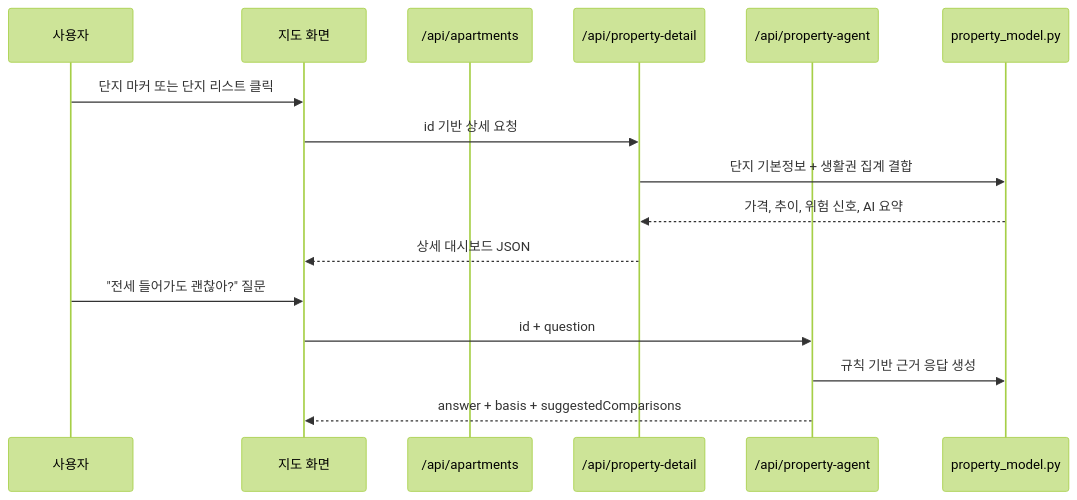
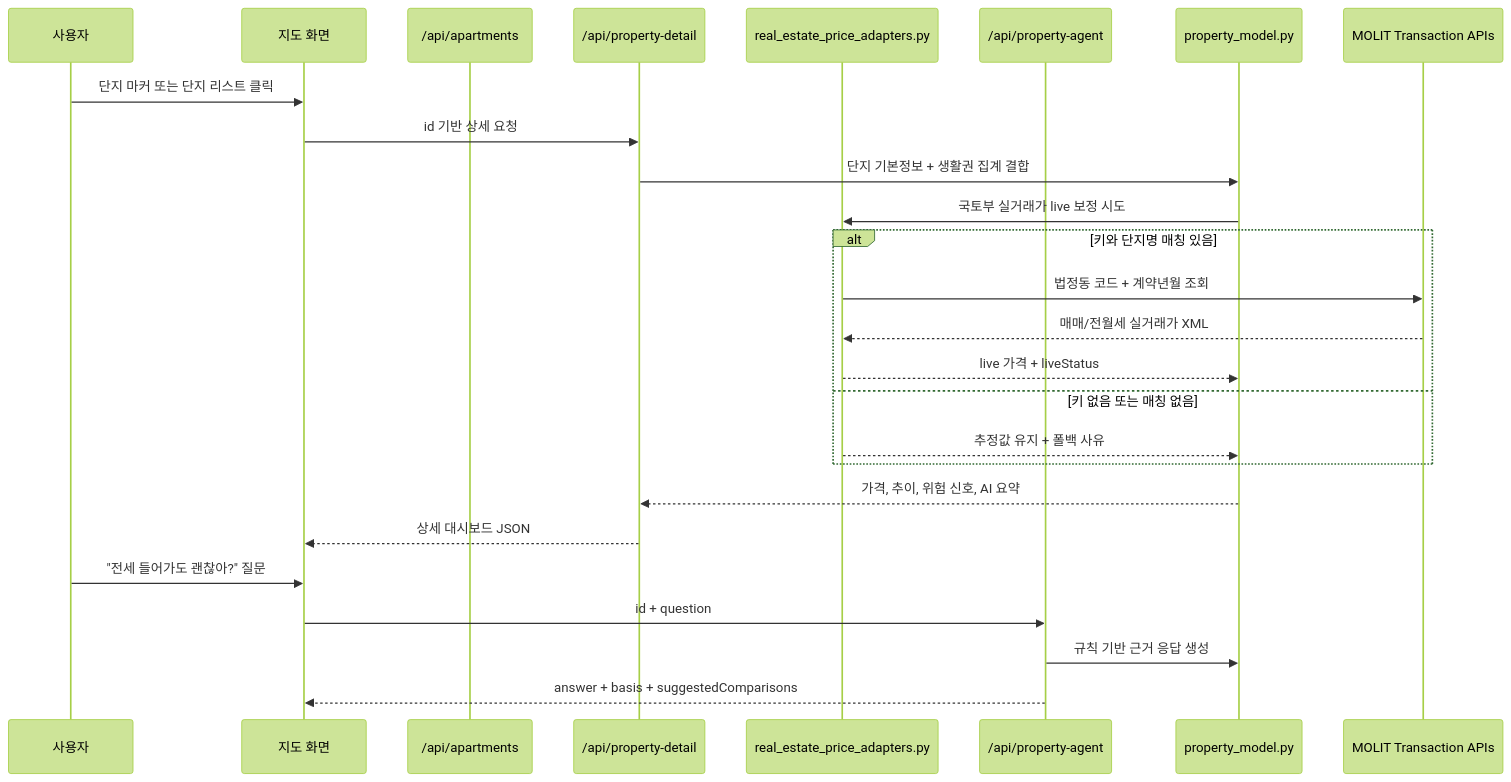
Before and after one commit to LSB-afk/-Future-Value-Level-up-Challenge-: the fifth of 7 diagrams in architecture/data-flow.md, drawn with Mermaid (forest theme). The commit also changed other lines of this file and 22 other files, not shown here.

````diff
--- a/architecture/data-flow.md
+++ b/architecture/data-flow.md
@@ -88,19 +91,29 @@
 ```mermaid
 sequenceDiagram
     participant User as 사용자
     participant Map as 지도 화면
     participant AptApi as /api/apartments
     participant DetailApi as /api/property-detail
+    participant Price as real_estate_price_adapters.py
     participant AgentApi as /api/property-agent
     participant Model as property_model.py
+    participant MOLIT as MOLIT Transaction APIs
 
     User->>Map: 단지 마커 또는 단지 리스트 클릭
     Map->>DetailApi: id 기반 상세 요청
     DetailApi->>Model: 단지 기본정보 + 생활권 집계 결합
+    Model->>Price: 국토부 실거래가 live 보정 시도
+    alt 키와 단지명 매칭 있음
+        Price->>MOLIT: 법정동 코드 + 계약년월 조회
+        MOLIT-->>Price: 매매/전월세 실거래가 XML
+        Price-->>Model: live 가격 + liveStatus
+    else 키 없음 또는 매칭 없음
+        Price-->>Model: 추정값 유지 + 폴백 사유
+    end
     Model-->>DetailApi: 가격, 추이, 위험 신호, AI 요약
     DetailApi-->>Map: 상세 대시보드 JSON
     User->>Map: "전세 들어가도 괜찮아?" 질문
     Map->>AgentApi: id + question
     AgentApi->>Model: 규칙 기반 근거 응답 생성
     AgentApi-->>Map: answer + basis + suggestedComparisons
 ```
````
